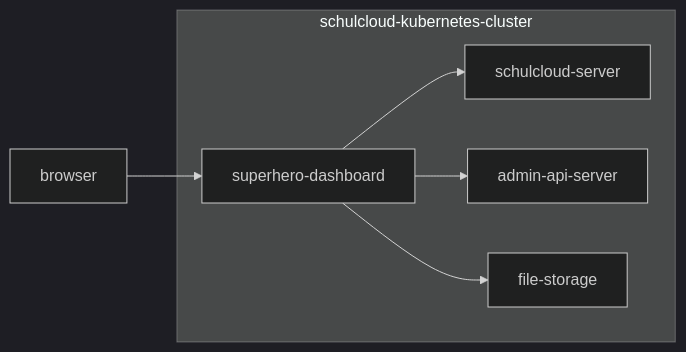
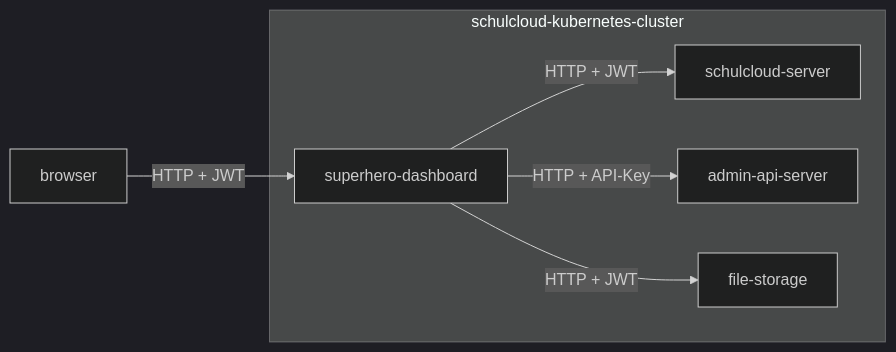
The diagram in docs/topics/superhero-dashboard/Overview.md (hpi-schul-cloud/schulcloud-documentation), drawn with Mermaid (dark theme) before and after one commit. The commit also changed other lines of this file, not shown here.

Commit message:
Update diagram

````diff
--- a/docs/topics/superhero-dashboard/Overview.md
+++ b/docs/topics/superhero-dashboard/Overview.md
@@ -21,9 +21,9 @@
 ```mermaid
 flowchart LR
-  browser --> superhero-dashboard
+  browser -->|HTTP + JWT| superhero-dashboard
   subgraph schulcloud-kubernetes-cluster
-    superhero-dashboard --> schulcloud-server
-    superhero-dashboard --> admin-api-server
-    superhero-dashboard --> file-storage
+    superhero-dashboard -->|HTTP + JWT| schulcloud-server
+    superhero-dashboard -->|HTTP + API-Key| admin-api-server
+    superhero-dashboard -->|HTTP + JWT| file-storage
   end
 ```
````
